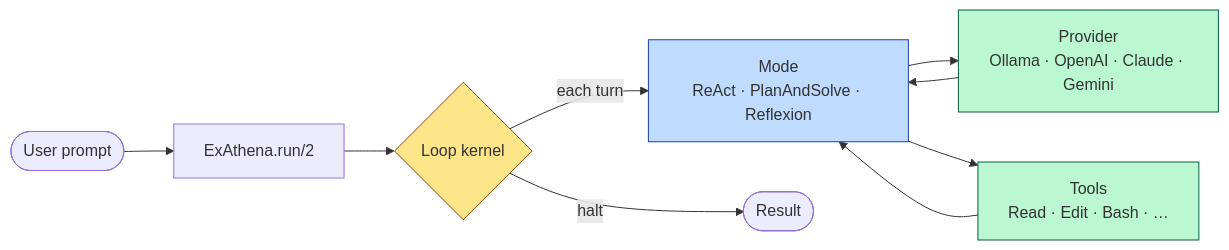
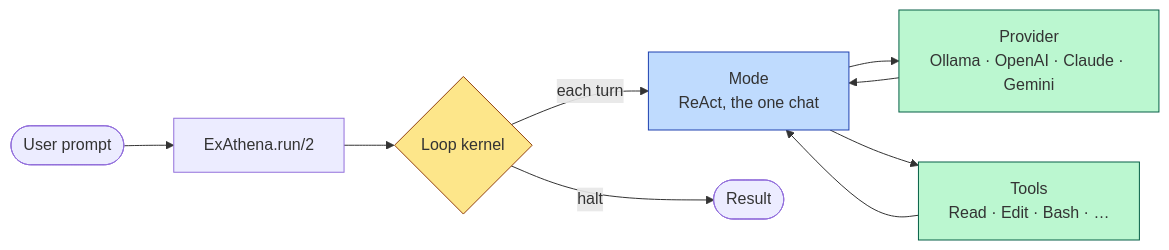
The diagram in docs/README.md (udin-io/ex_athena), drawn with Mermaid before and after one commit. The commit also changed other lines of this file and 11 other files, not shown here.

Commit message:
docs: the one chat and its permission levels replace the four modes, refs #322

````diff
--- a/docs/README.md
+++ b/docs/README.md
@@ -12,17 +12,17 @@
 ```mermaid
 flowchart LR
   U([User prompt]) --> R[ExAthena.run/2]
   R --> L{Loop kernel}
-  L -->|each turn| M[Mode<br/>ReAct · PlanAndSolve · Reflexion]
+  L -->|each turn| M[Mode<br/>ReAct, the one chat]
   M --> P[Provider<br/>Ollama · OpenAI · Claude · Gemini]
   P --> M
   M --> T[Tools<br/>Read · Edit · Bash · …]
   T --> M
   L -->|halt| RES([Result])
   classDef kernel fill:#fde68a,stroke:#92400e;
   classDef strategy fill:#bfdbfe,stroke:#1e40af;
   classDef drivers fill:#bbf7d0,stroke:#065f46;
   class L kernel
   class M strategy
   class P,T drivers
 ```
````
